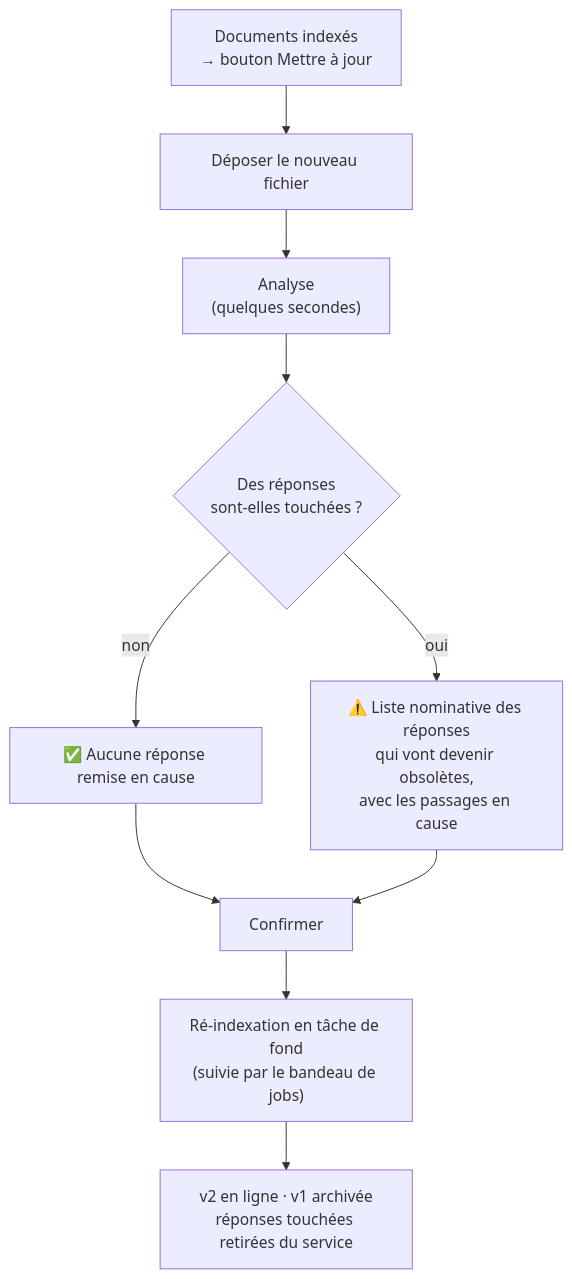
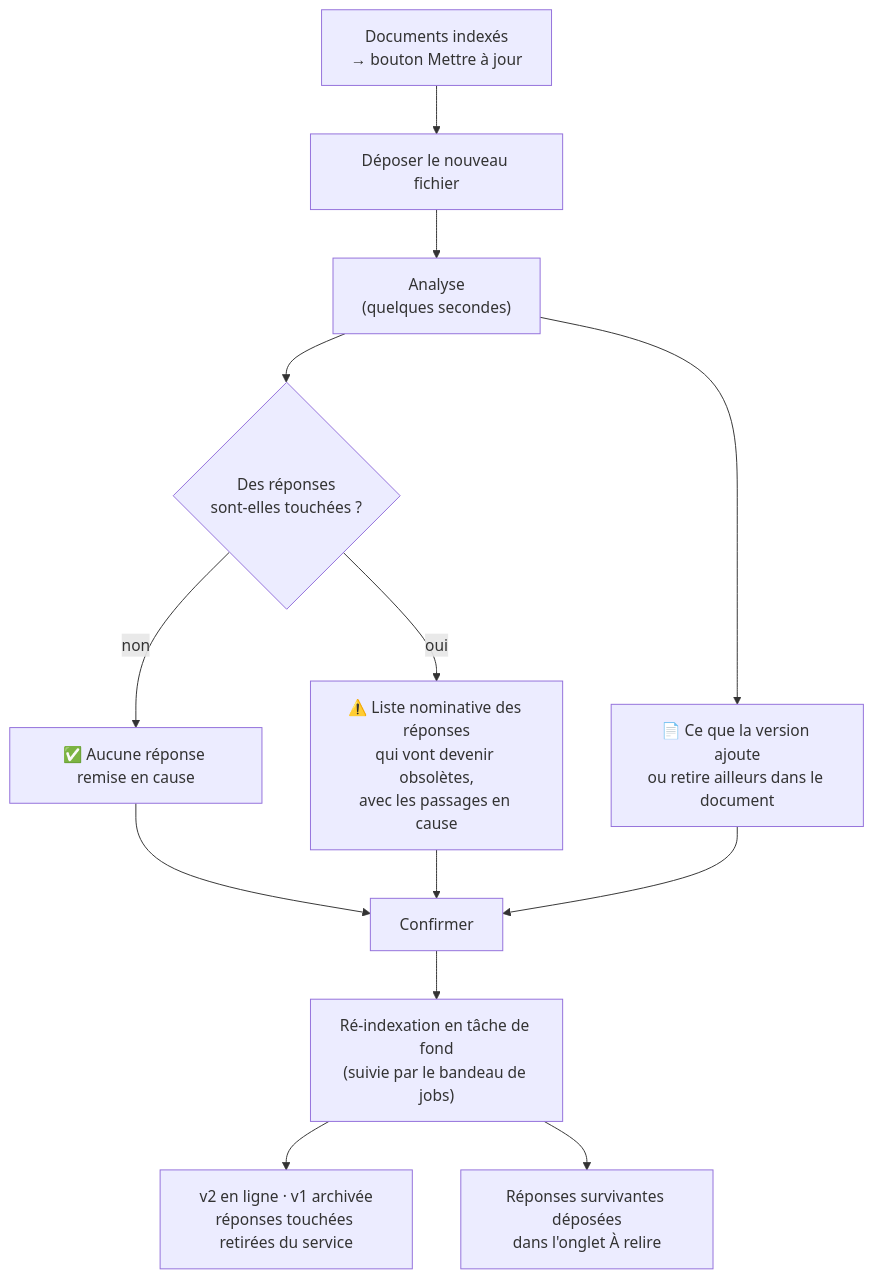
The diagram in Docs/mise-a-jour-documents.md (ThomasHWD/TicketAI), drawn with Mermaid before and after one commit. The commit also changed other lines of this file, not shown here.

First line of the commit message:
docs: la liste « À relire » dans mise-a-jour-documents.md

````diff
--- a/Docs/mise-a-jour-documents.md
+++ b/Docs/mise-a-jour-documents.md
@@ -18,12 +20,15 @@
 ```mermaid
 flowchart TD
     A["Documents indexés<br/>→ bouton Mettre à jour"] --> B["Déposer le nouveau fichier"]
     B --> C["Analyse<br/>(quelques secondes)"]
     C --> D{"Des réponses<br/>sont-elles touchées ?"}
     D -- non --> E["✅ Aucune réponse remise en cause"]
     D -- oui --> F["⚠️ Liste nominative des réponses<br/>qui vont devenir obsolètes,<br/>avec les passages en cause"]
+    C --> J["📄 Ce que la version ajoute<br/>ou retire ailleurs dans le document"]
     E --> G["Confirmer"]
     F --> G
+    J --> G
     G --> H["Ré-indexation en tâche de fond<br/>(suivie par le bandeau de jobs)"]
     H --> I["v2 en ligne · v1 archivée<br/>réponses touchées retirées du service"]
+    H --> K["Réponses survivantes déposées<br/>dans l'onglet À relire"]
 ```
````
